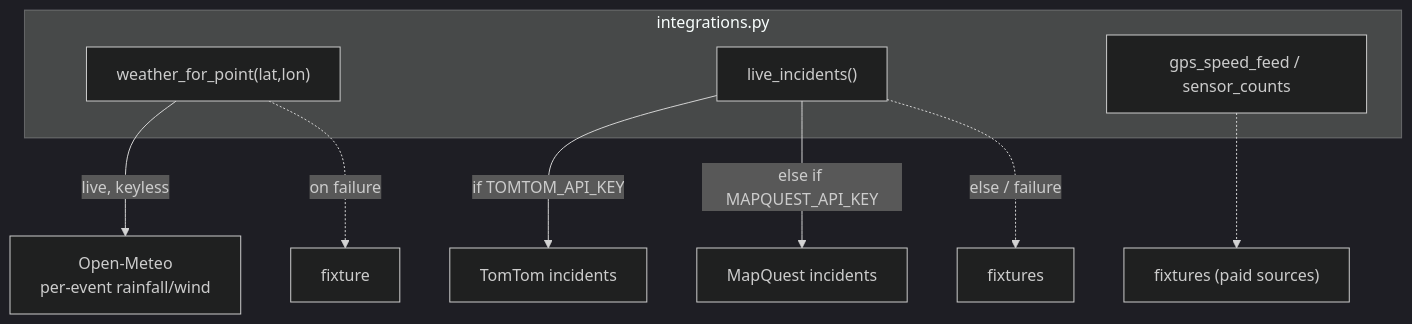
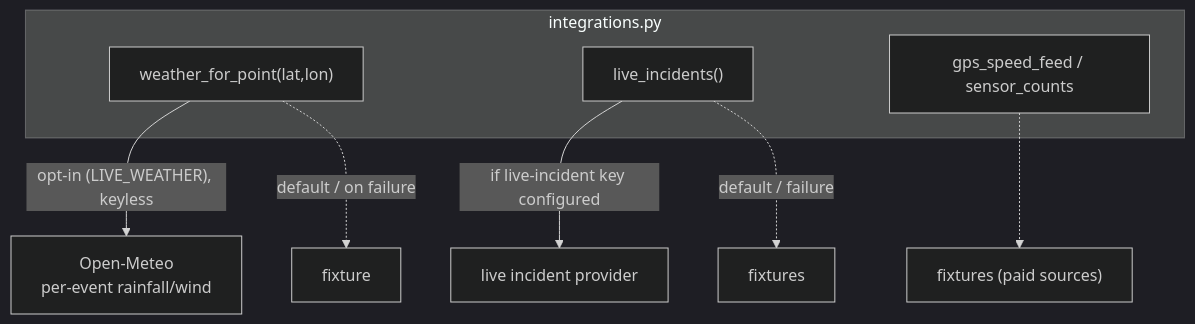
Before and after one commit to Nishant333-stack/TrafficGrid: the tenth of 12 diagrams in ARCHITECTURE.md, drawn with Mermaid (dark theme). The commit also changed other lines of this file and 5 other files, not shown here.

````diff
--- a/ARCHITECTURE.md
+++ b/ARCHITECTURE.md
@@ -411,14 +411,13 @@
 ```mermaid
 flowchart TB
     subgraph feeds["integrations.py"]
         w["weather_for_point(lat,lon)"]
         i["live_incidents()"]
         s["gps_speed_feed / sensor_counts"]
     end
-    w -->|live, keyless| om["Open-Meteo<br/>per-event rainfall/wind"]
-    w -.->|on failure| wf["fixture"]
-    i -->|"if TOMTOM_API_KEY"| tt["TomTom incidents"]
-    i -->|"else if MAPQUEST_API_KEY"| mq["MapQuest incidents"]
-    i -.->|"else / failure"| inf["fixtures"]
+    w -->|"opt-in (LIVE_WEATHER), keyless"| om["Open-Meteo<br/>per-event rainfall/wind"]
+    w -.->|"default / on failure"| wf["fixture"]
+    i -->|"if live-incident key configured"| live["live incident provider"]
+    i -.->|"default / failure"| inf["fixtures"]
     s -.-> sf["fixtures (paid sources)"]
 ```
````
